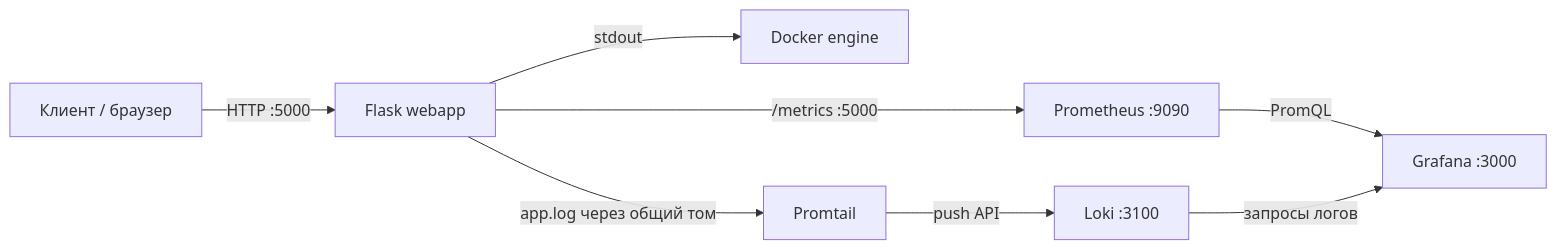
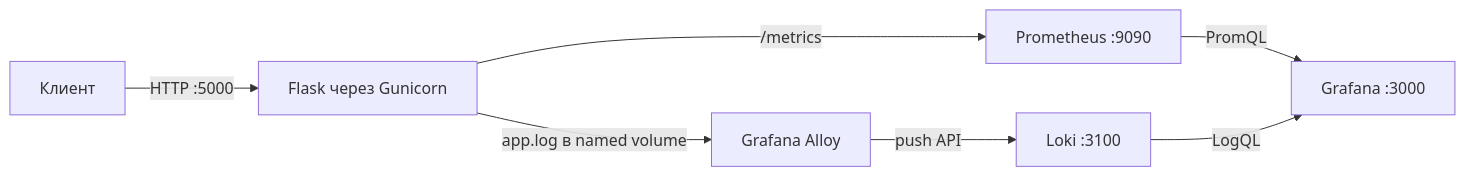
Before and after one commit to Blond-beard-catboy/server-devops: the diagram in README.md, drawn with Mermaid. The commit also changed other lines of this file and 9 other files, not shown here.

````diff
--- a/README.md
+++ b/README.md
@@ -7,10 +7,9 @@
 ```mermaid
 flowchart LR
-    Client[Клиент / браузер] -->|HTTP :5000| App[Flask webapp]
-    App -->|/metrics :5000| Prom[Prometheus :9090]
+    Client[Клиент] -->|HTTP :5000| App[Flask через Gunicorn]
+    App -->|/metrics| Prom[Prometheus :9090]
     Prom -->|PromQL| Grafana[Grafana :3000]
-    App -->|stdout| Docker[Docker engine]
-    App -->|app.log через общий том| Promtail[Promtail]
-    Promtail -->|push API| Loki[Loki :3100]
-    Loki -->|запросы логов| Grafana
+    App -->|app.log в named volume| Alloy[Grafana Alloy]
+    Alloy -->|push API| Loki[Loki :3100]
+    Loki -->|LogQL| Grafana
 ```
````
